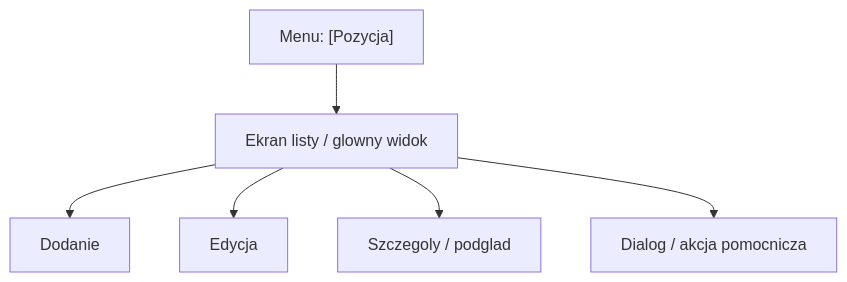
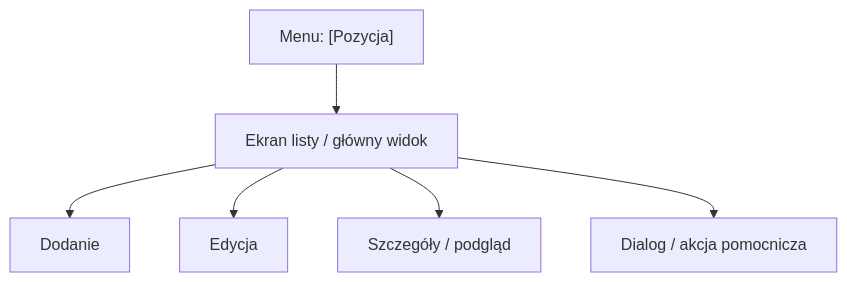
One commit to zyqpp/InvoiceJet changed the diagram in docs/aos/application/templates/TEMPLATE_NAV_01_MAPA_MAKIET_POZYCJI.md. Above: the diagram before and after it, drawn with Mermaid. The commit also changed other lines of this file and 75 other files, not shown here.

````diff
--- a/docs/aos/application/templates/TEMPLATE_NAV_01_MAPA_MAKIET_POZYCJI.md
+++ b/docs/aos/application/templates/TEMPLATE_NAV_01_MAPA_MAKIET_POZYCJI.md
@@ -5,8 +5,8 @@
 ```mermaid
 flowchart TD
-    ITEM["Menu: [Pozycja]"] --> LIST["Ekran listy / glowny widok"]
+    ITEM["Menu: [Pozycja]"] --> LIST["Ekran listy / główny widok"]
     LIST --> ADD["Dodanie"]
     LIST --> EDIT["Edycja"]
-    LIST --> DETAILS["Szczegoly / podglad"]
+    LIST --> DETAILS["Szczegóły / podgląd"]
     LIST --> DIALOG["Dialog / akcja pomocnicza"]
 ```
````
